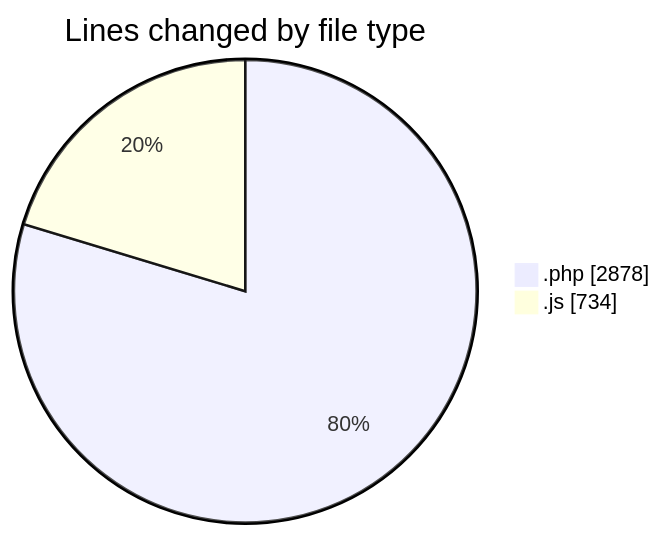
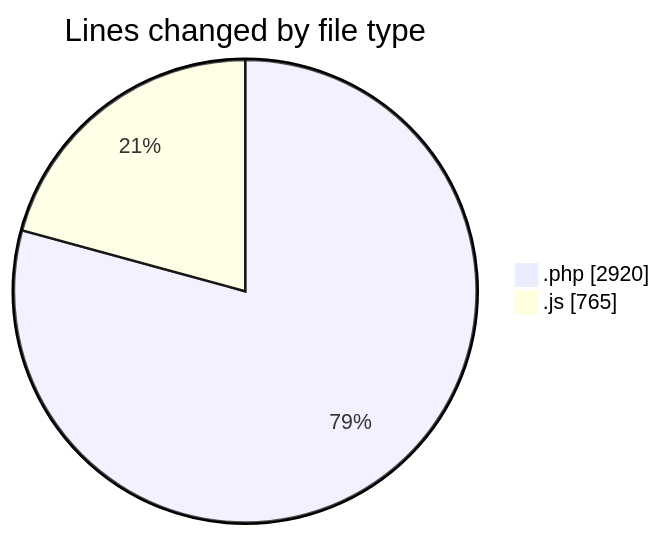
The first of 2 diagrams in 2026-10-20/untitled__workspace_/README.md (debugP/code-tracking), drawn with Mermaid before and after one commit. The commit also changed other lines of this file and 1 other file, not shown here.

````diff
--- a/2026-10-20/untitled__workspace_/README.md
+++ b/2026-10-20/untitled__workspace_/README.md
@@ -21,6 +21,6 @@
 ```mermaid
 pie showData
 title Lines changed by file type
-".php" : 2878
-".js" : 734
+".php" : 2920
+".js" : 765
 ```
````
